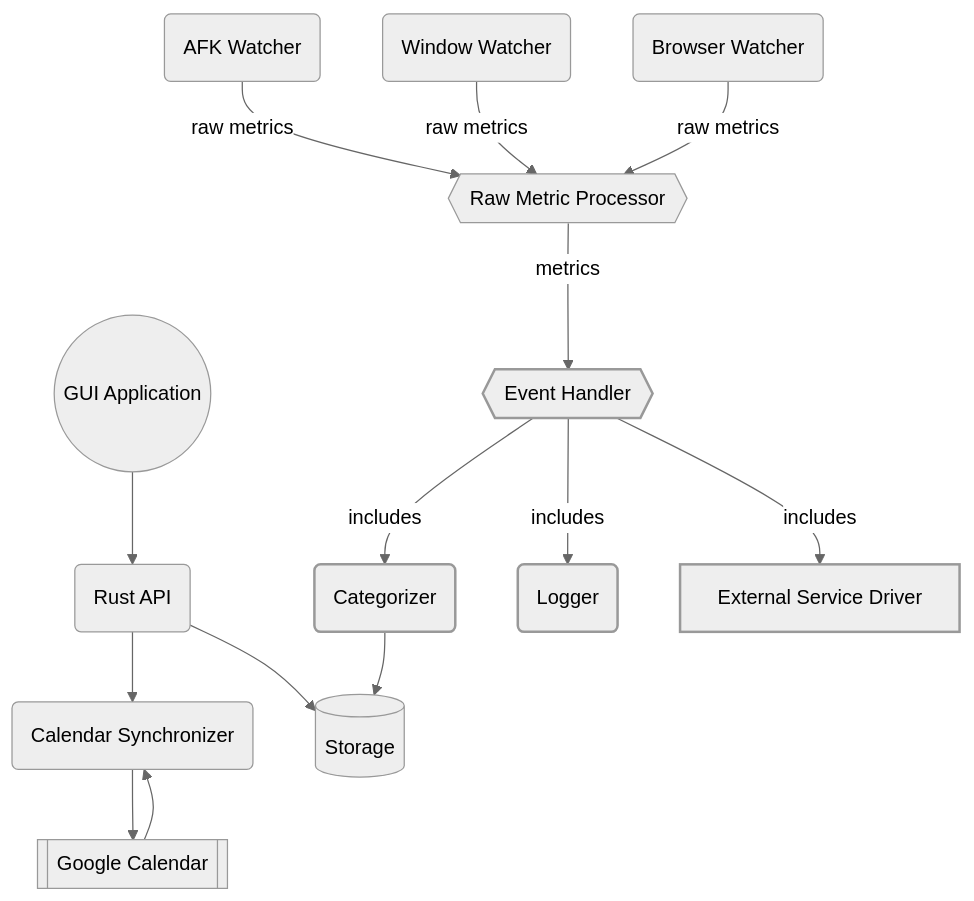
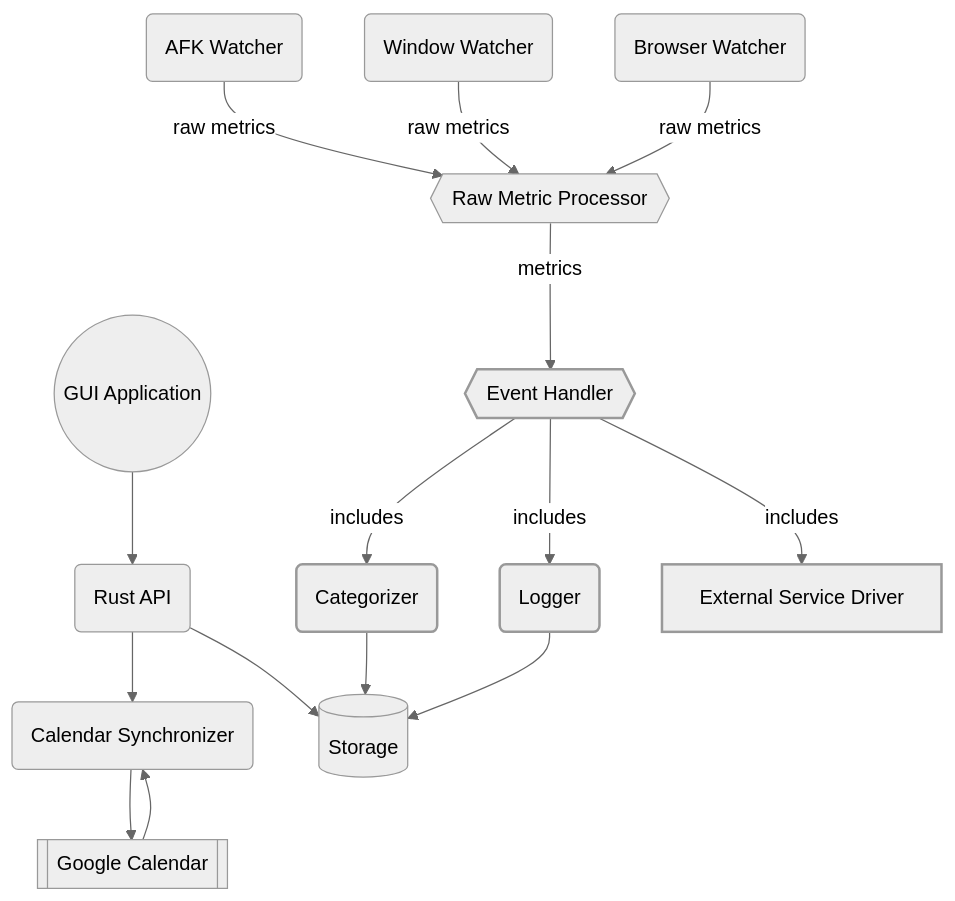
One commit to TickLabVN/tpulse changed the diagram in docs/src/pages/architecture.md. Above: the diagram before and after it, drawn with Mermaid (neutral theme).

Commit message:
docs: add arrow from logger to db

````diff
--- a/docs/src/pages/architecture.md
+++ b/docs/src/pages/architecture.md
@@ -3,39 +3,40 @@
 ```mermaid
 graph TB
   API(Rust API)
   UI((GUI Application))
   AFKWatcher(AFK Watcher)
   WindowWatcher(Window Watcher)
   BrowserWatcher(Browser Watcher)
   CalendarSynchronizer(Calendar Synchronizer)
   GGCalendar[[Google Calendar]]
   DB[(Storage)]
   RawMetricProcessor{{Raw Metric Processor}}
   Categorizer(Categorizer)
   Logger(Logger)
   3RD[External Service Driver]
   EventHandler{{Event Handler}}
 
   AFKWatcher --raw metrics--> RawMetricProcessor
   WindowWatcher --raw metrics--> RawMetricProcessor
   BrowserWatcher --raw metrics--> RawMetricProcessor
 
   RawMetricProcessor --metrics--> EventHandler
 
   EventHandler --includes--> Categorizer 
   EventHandler --includes--> Logger
   EventHandler --includes--> 3RD
 
   CalendarSynchronizer --> GGCalendar
   GGCalendar --> CalendarSynchronizer
 
   API --> CalendarSynchronizer
 
   UI --> API
+  Logger --> DB
   Categorizer --> DB
   API --> DB
 
   classDef inheritance stroke-width:2px;
   class ArrowHead inheritance;
   class EventHandler,Categorizer,Logger,3RD inheritance;
 ```
````
